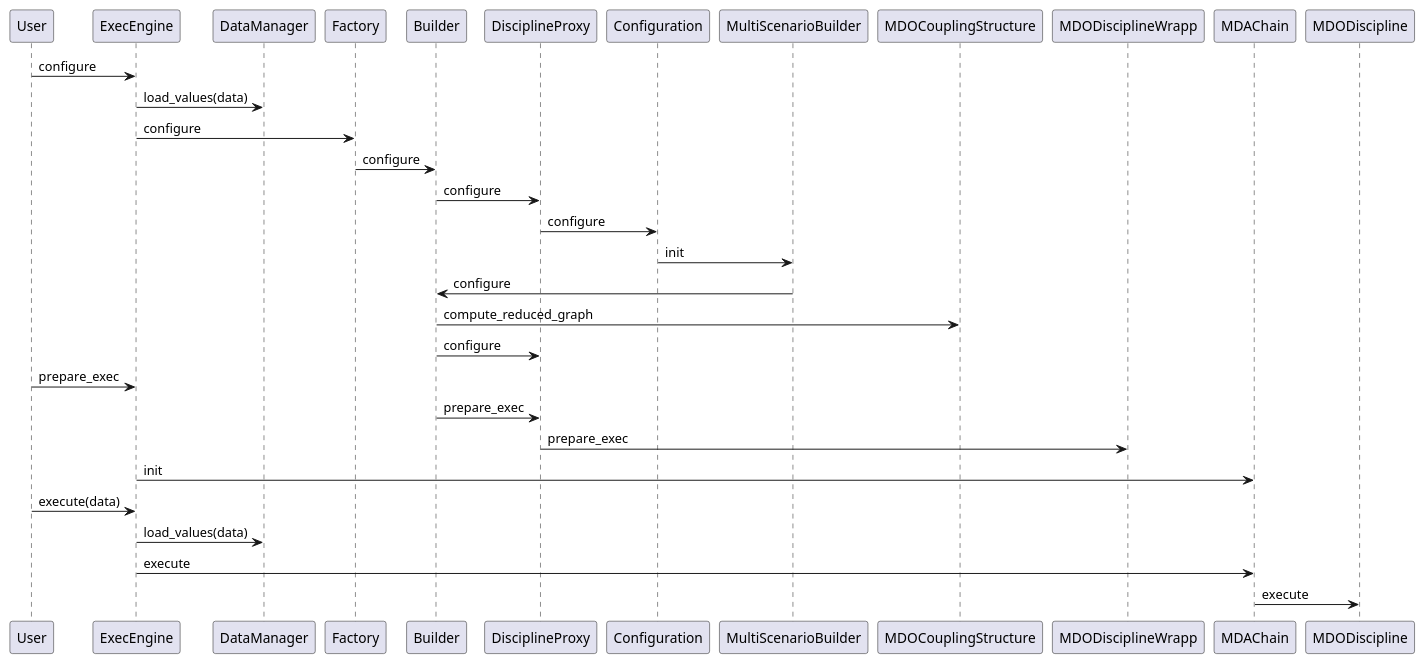
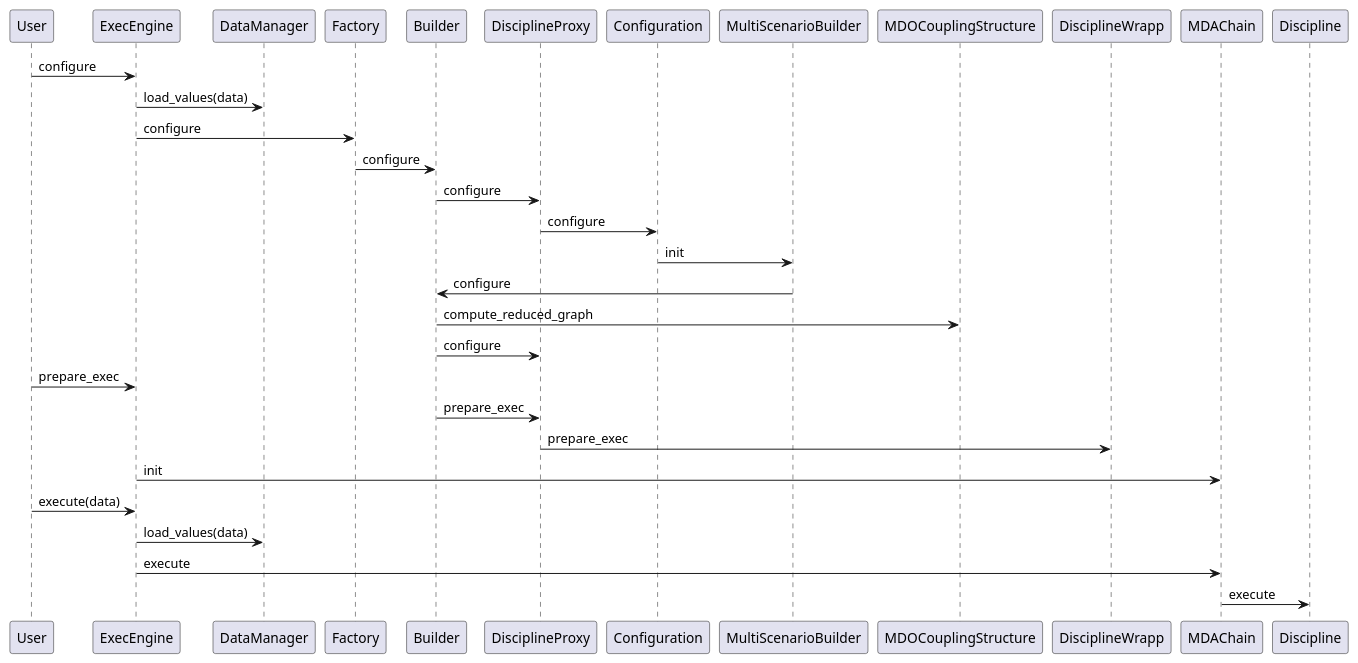
One commit to os-climate/sostrades-core changed the diagram in sostrades_core/tools/refactoring/eev4/proposal/sequence_sos_build.puml. Above: the diagram before and after it, drawn with PlantUML. The commit also changed 63 other files, not shown here.

Commit message:
Rename mdodiscipline into discipline for all files + fix some refacto not handled by bump-gemseo

```diff
--- a/sostrades_core/tools/refactoring/eev4/proposal/sequence_sos_build.puml
+++ b/sostrades_core/tools/refactoring/eev4/proposal/sequence_sos_build.puml
@@ -1,22 +1,22 @@
 @startuml
 User -> ExecEngine: configure
 ExecEngine -> DataManager: load_values(data)
 ExecEngine -> Factory: configure
 Factory -> Builder: configure
 Builder -> DisciplineProxy: configure
 DisciplineProxy -> Configuration: configure
 Configuration -> MultiScenarioBuilder: init
 MultiScenarioBuilder -> Builder: configure
 Builder -> MDOCouplingStructure: compute_reduced_graph
 Builder -> DisciplineProxy: configure
 
 User -> ExecEngine: prepare_exec
 Builder -> DisciplineProxy: prepare_exec
-DisciplineProxy -> MDODisciplineWrapp : prepare_exec
+DisciplineProxy -> DisciplineWrapp : prepare_exec
 ExecEngine -> MDAChain : init
 
 User -> ExecEngine: execute(data)
 ExecEngine -> DataManager: load_values(data)
 ExecEngine -> MDAChain: execute
-MDAChain -> MDODiscipline : execute
+MDAChain -> Discipline : execute
 @enduml
```
